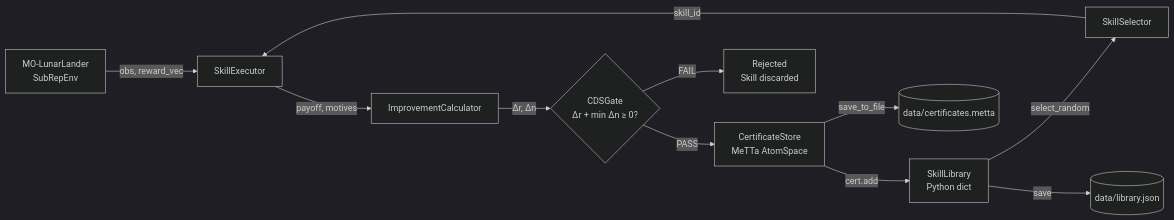
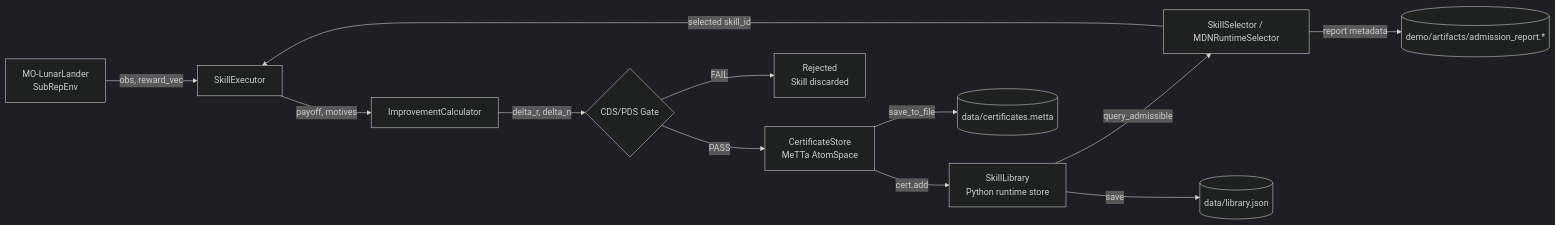
The diagram in docs/Full_simplex_INTEGRATION_REPORT.md (iCog-Labs-Dev/subrep), drawn with Mermaid (dark theme) before and after one commit. The commit also changed other lines of this file and 10 other files, not shown here.

````diff
--- a/docs/Full_simplex_INTEGRATION_REPORT.md
+++ b/docs/Full_simplex_INTEGRATION_REPORT.md
@@ -6,13 +10,14 @@
 ```mermaid
 flowchart LR
     A[MO-LunarLander\nSubRepEnv] -->|obs, reward_vec| B[SkillExecutor]
     B -->|payoff, motives| C[ImprovementCalculator]
-    C -->|Δr, Δn| D{CDSGate\nΔr + min Δn ≥ 0?}
+    C -->|delta_r, delta_n| D{CDS/PDS Gate}
     D -->|PASS| E[CertificateStore\nMeTTa AtomSpace]
-    D -->|FAIL| F[Rejected \nSkill discarded]
-    E -->|cert.add| G[SkillLibrary\nPython dict]
-    G -->|select_random| H[SkillSelector]
-    H -->|skill_id| B
+    D -->|FAIL| F[Rejected\nSkill discarded]
+    E -->|cert.add| G[SkillLibrary\nPython runtime store]
+    G -->|query_admissible| H[SkillSelector / MDNRuntimeSelector]
+    H -->|selected skill_id| B
     E -->|save_to_file| I[(data/certificates.metta)]
     G -->|save| J[(data/library.json)]
+    H -->|report metadata| K[(demo/artifacts/admission_report.*)]
 ```
````
